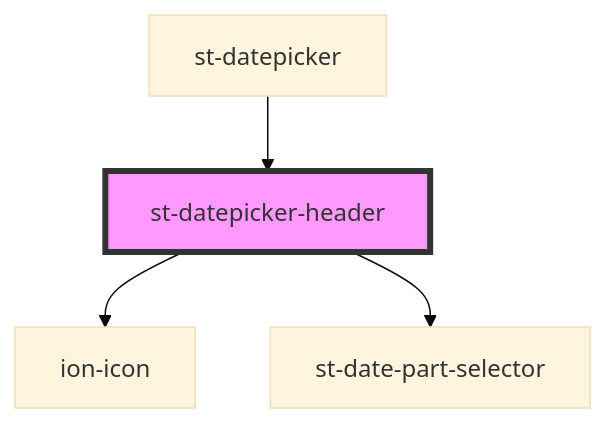
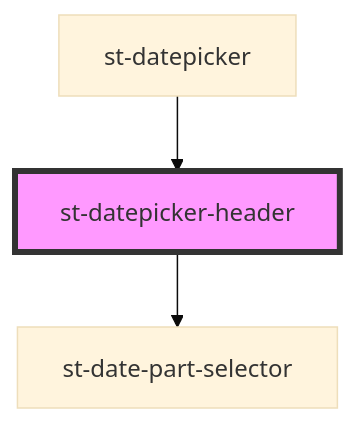
Before and after one commit to k1laba/st-datepicker: the diagram in src/components/inner-components/st-datepicker-header/readme.md, drawn with Mermaid (base theme). The commit also changed other lines of this file and 737 other files, not shown here.

````diff
--- a/src/components/inner-components/st-datepicker-header/readme.md
+++ b/src/components/inner-components/st-datepicker-header/readme.md
@@ -28,7 +27,6 @@
 ```mermaid
 graph TD;
-  st-datepicker-header --> ion-icon
   st-datepicker-header --> st-date-part-selector
   st-datepicker --> st-datepicker-header
   style st-datepicker-header fill:#f9f,stroke:#333,stroke-width:4px
 ```
````
